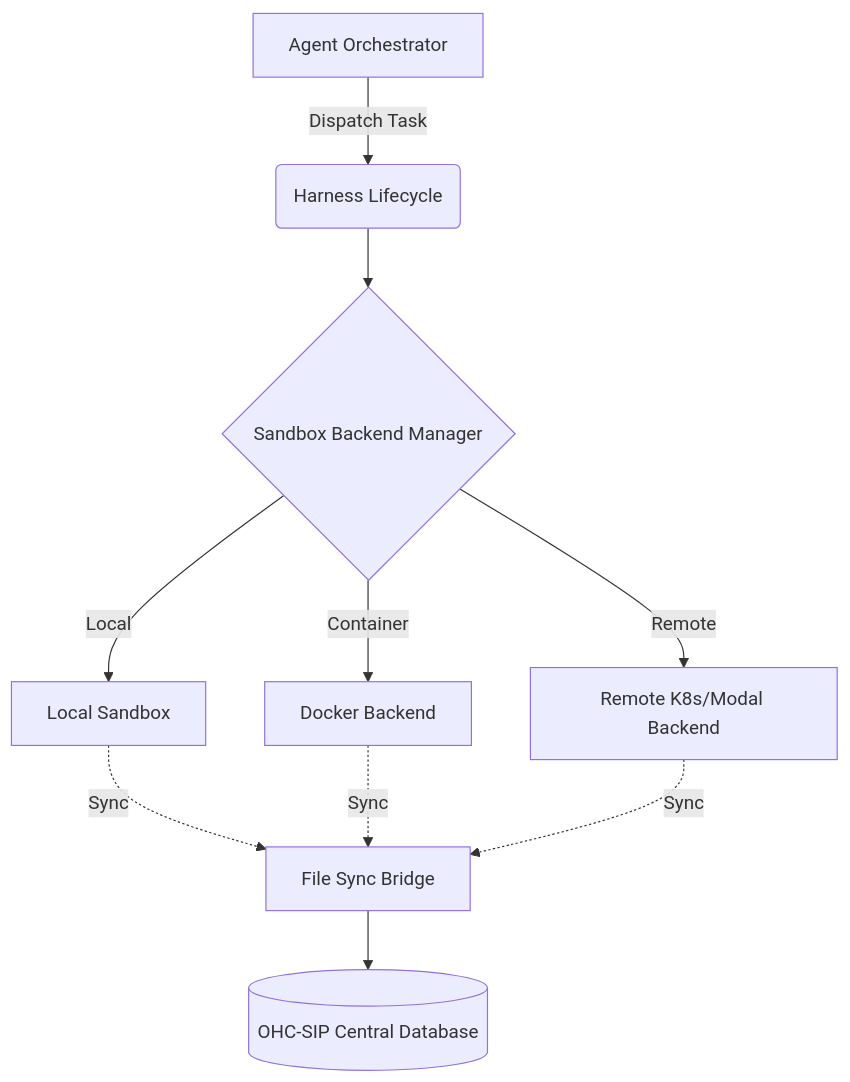
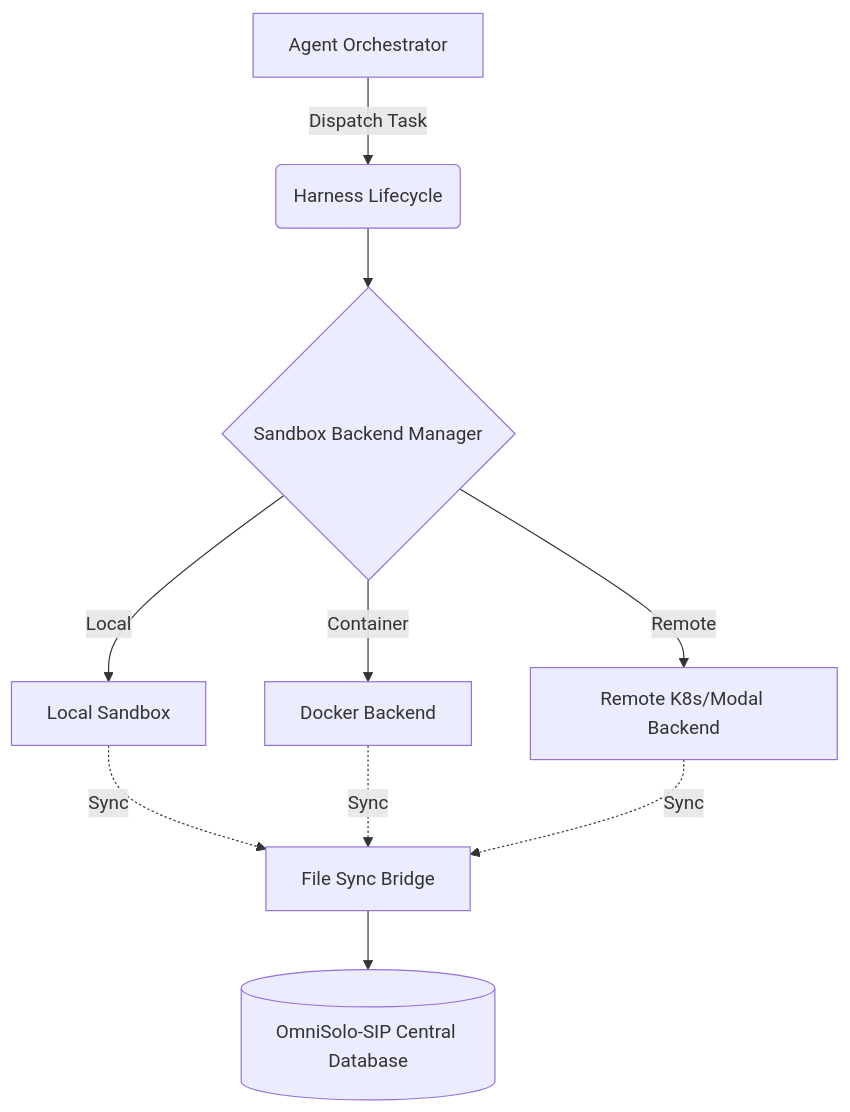
One commit to omnisolo-llc/onehumancorp changed the diagram in docs/technical/research/[architecture]_agent-harness-analysis.md. Above: the diagram before and after it, drawn with Mermaid. The commit also changed other lines of this file and 2191 other files, not shown here.

Commit message:
feat: complete OmniSolo rename and browser audit

```diff
--- a/docs/technical/research/[architecture]_agent-harness-analysis.md
+++ b/docs/technical/research/[architecture]_agent-harness-analysis.md
@@ -92,12 +92,12 @@
   <pre class="mermaid">
   graph TD
       A[Agent Orchestrator] -->|Dispatch Task| B(Harness Lifecycle)
       B --> C{Sandbox Backend Manager}
       C -->|Local| D[Local Sandbox]
       C -->|Container| E[Docker Backend]
       C -->|Remote| F[Remote K8s/Modal Backend]
       D -.->|Sync| G[File Sync Bridge]
       E -.->|Sync| G
       F -.->|Sync| G
-      G --> H[(OHC-SIP Central Database)]
+      G --> H[(OmniSolo-SIP Central Database)]
   </pre>
```
